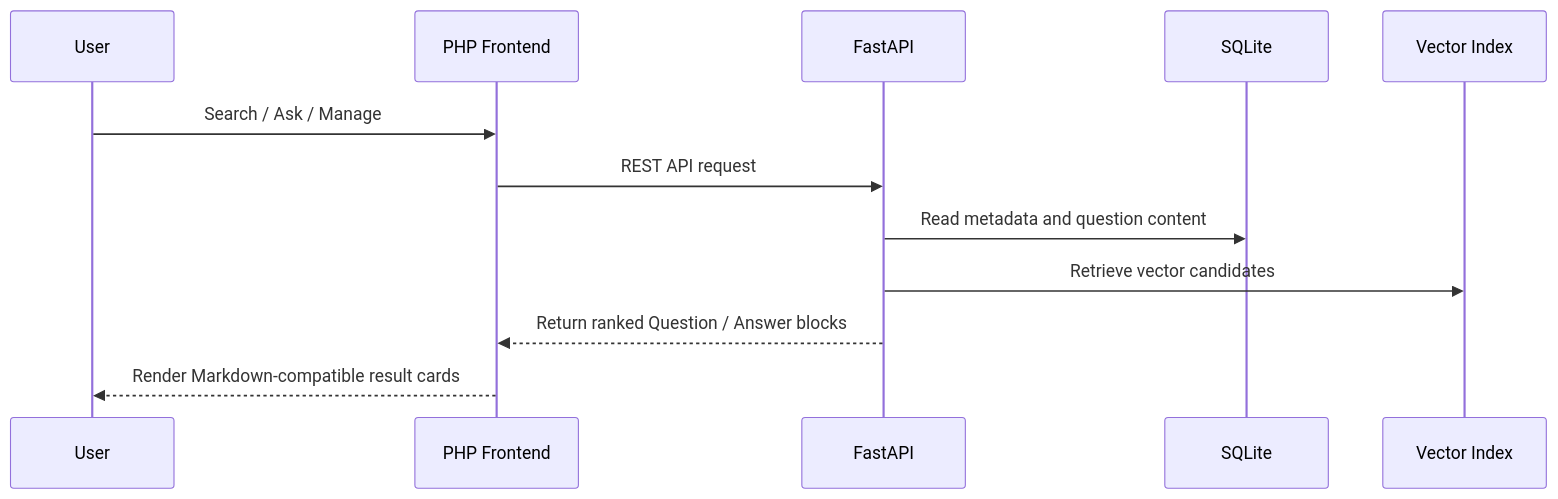
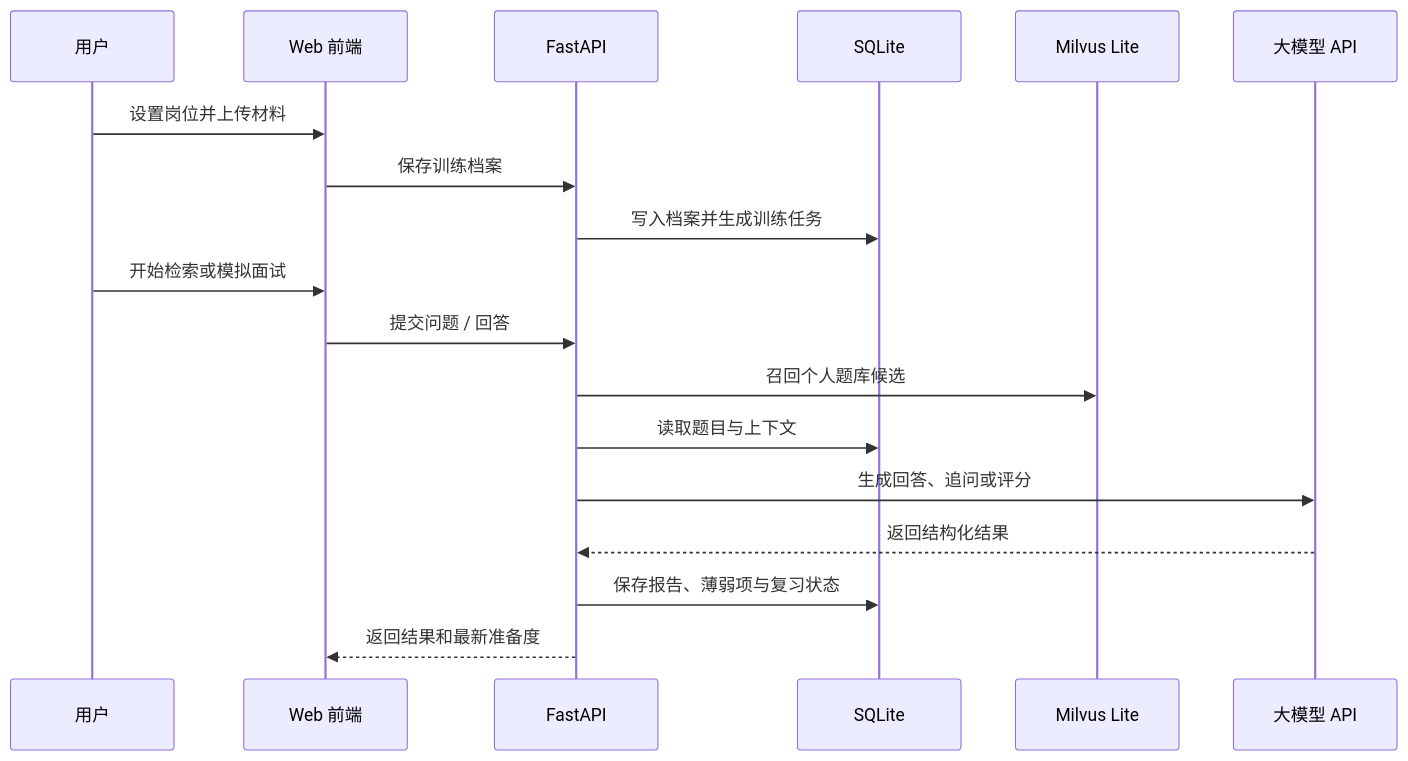
The third of 3 diagrams in README.md (dazhiruoyu123/jianwei-interview-rag), drawn with Mermaid before and after one commit. The commit also changed other lines of this file and 7 other files, not shown here.

````diff
--- a/README.md
+++ b/README.md
@@ -44,14 +102,21 @@
 ```mermaid
 sequenceDiagram
-    participant U as User
-    participant W as PHP Frontend
+    participant U as 用户
+    participant W as Web 前端
     participant A as FastAPI
     participant D as SQLite
-    participant V as Vector Index
-    U->>W: Search / Ask / Manage
-    W->>A: REST API request
-    A->>D: Read metadata and question content
-    A->>V: Retrieve vector candidates
-    A-->>W: Return ranked Question / Answer blocks
-    W-->>U: Render Markdown-compatible result cards
+    participant V as Milvus Lite
+    participant L as 大模型 API
+
+    U->>W: 设置岗位并上传材料
+    W->>A: 保存训练档案
+    A->>D: 写入档案并生成训练任务
+    U->>W: 开始检索或模拟面试
+    W->>A: 提交问题 / 回答
+    A->>V: 召回个人题库候选
+    A->>D: 读取题目与上下文
+    A->>L: 生成回答、追问或评分
+    L-->>A: 返回结构化结果
+    A->>D: 保存报告、薄弱项与复习状态
+    A-->>W: 返回结果和最新准备度
 ```
````
